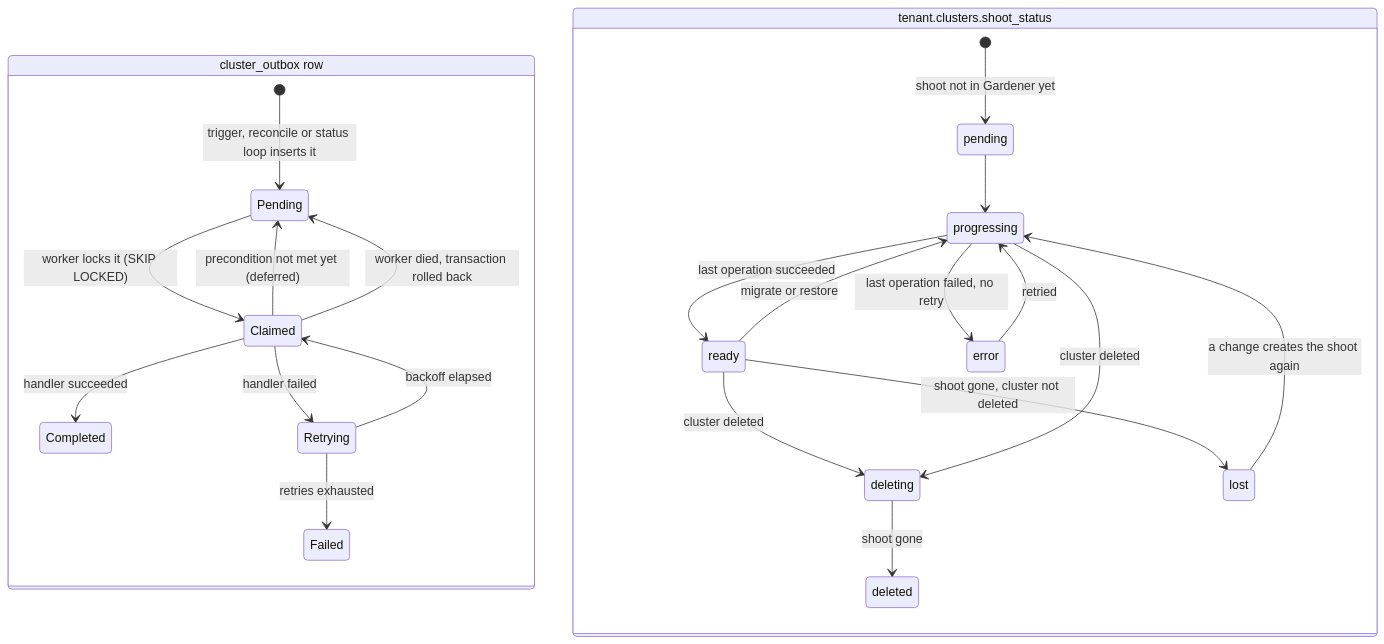
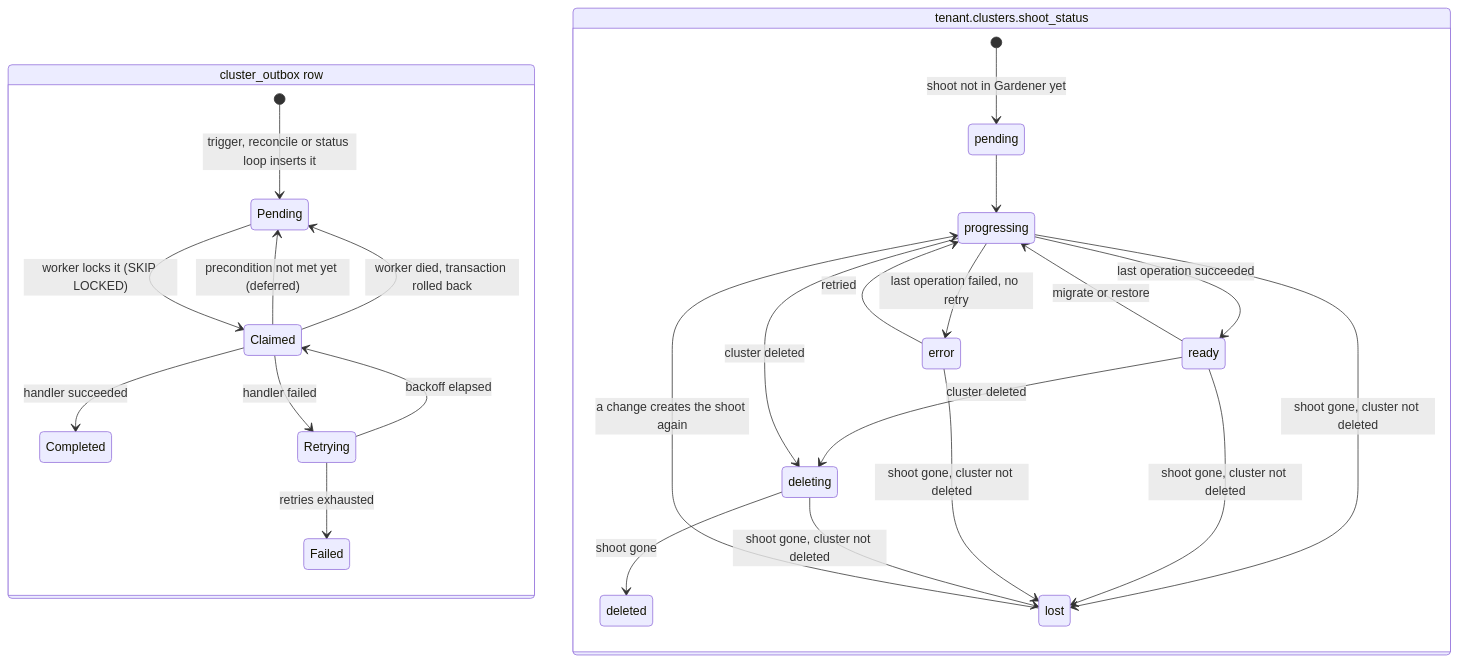
The second of 2 diagrams in cluster-worker/README.md (fundament-oss/fundament), drawn with Mermaid before and after one commit. The commit also changed 2 other files, not shown here.

Commit message:
fix: keep refreshed SA tokens on forget and clarify lost-cluster docs

````diff
--- a/cluster-worker/README.md
+++ b/cluster-worker/README.md
@@ -90,29 +90,32 @@
 ```mermaid
 stateDiagram-v2
     direction TB
 
     state "cluster_outbox row" as outbox {
         [*] --> Pending: trigger, reconcile or status loop inserts it
         Pending --> Claimed: worker locks it (SKIP LOCKED)
         Claimed --> Completed: handler succeeded
         Claimed --> Retrying: handler failed
         Claimed --> Pending: precondition not met yet (deferred)
         Claimed --> Pending: worker died, transaction rolled back
         Retrying --> Claimed: backoff elapsed
         Retrying --> Failed: retries exhausted
     }
 
     state "tenant.clusters.shoot_status" as status {
         [*] --> pending: shoot not in Gardener yet
         pending --> progressing
         progressing --> ready: last operation succeeded
         progressing --> error: last operation failed, no retry
         error --> progressing: retried
         ready --> progressing: migrate or restore
         ready --> deleting: cluster deleted
         progressing --> deleting: cluster deleted
         deleting --> deleted: shoot gone
+        progressing --> lost: shoot gone, cluster not deleted
         ready --> lost: shoot gone, cluster not deleted
+        error --> lost: shoot gone, cluster not deleted
+        deleting --> lost: shoot gone, cluster not deleted
         lost --> progressing: a change creates the shoot again
     }
 ```
````
